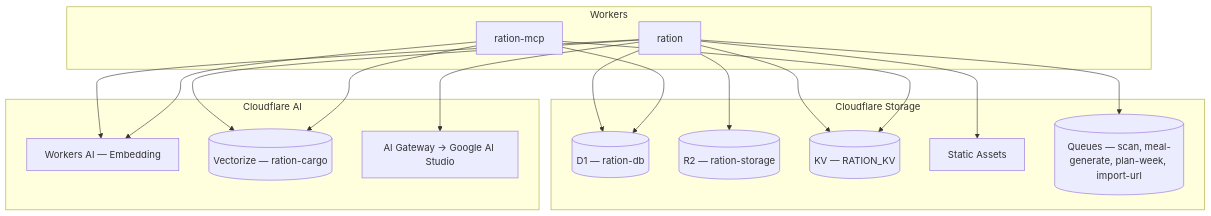
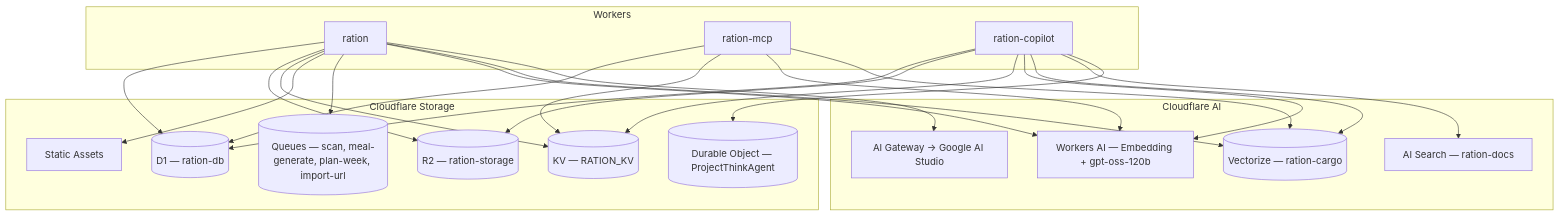
The fifth of 24 diagrams in README.md (bjamesdowning/ration-mirror), drawn with Mermaid before and after one commit. The commit also changed other lines of this file and 28 other files, not shown here.

````diff
--- a/README.md
+++ b/README.md
@@ -130,35 +152,46 @@
 ```mermaid
 flowchart TB
     subgraph Workers["Workers"]
         Worker["ration"]
         McpHandler["ration-mcp"]
+        CopilotHandler["ration-copilot"]
     end
 
     subgraph Storage["Cloudflare Storage"]
         D1[("D1 — ration-db")]
         R2[("R2 — ration-storage")]
         KV[("KV — RATION_KV")]
         Assets["Static Assets"]
         Queues[("Queues — scan, meal-generate, plan-week, import-url")]
+        ThinkDO[("Durable Object — ProjectThinkAgent")]
     end
 
     subgraph AI["Cloudflare AI"]
-        AIBinding["Workers AI — Embedding"]
+        AIBinding["Workers AI — Embedding + gpt-oss-120b"]
         Vectorize[("Vectorize — ration-cargo")]
         AIGateway["AI Gateway → Google AI Studio"]
+        AISearch["AI Search — ration-docs"]
     end
 
     Worker --> D1
     Worker --> R2
     Worker --> KV
     Worker --> Assets
     Worker --> Queues
     Worker --> AIBinding
     Worker --> Vectorize
     Worker --> AIGateway
 
     McpHandler --> D1
     McpHandler --> KV
     McpHandler --> AIBinding
     McpHandler --> Vectorize
+
+    CopilotHandler --> D1
+    CopilotHandler --> R2
+    CopilotHandler --> KV
+    CopilotHandler --> AIBinding
+    CopilotHandler --> Vectorize
+    CopilotHandler --> AISearch
+    CopilotHandler --> ThinkDO
 ```
````
